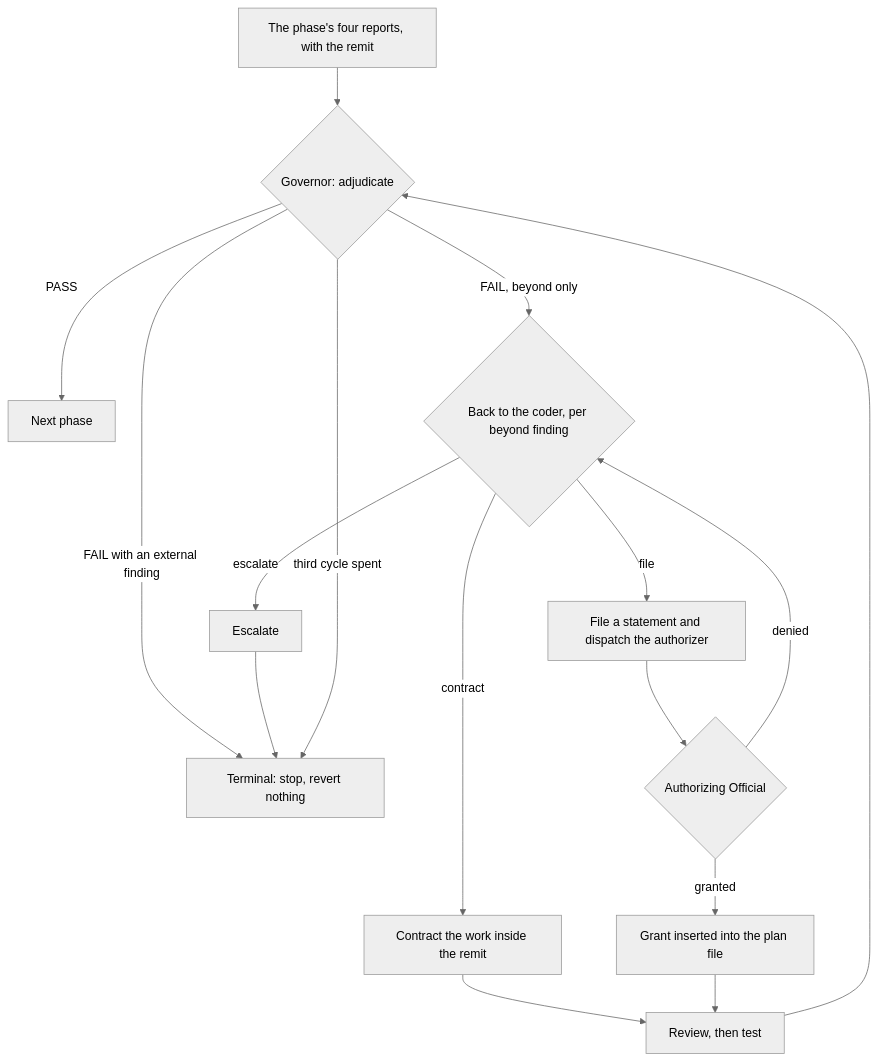
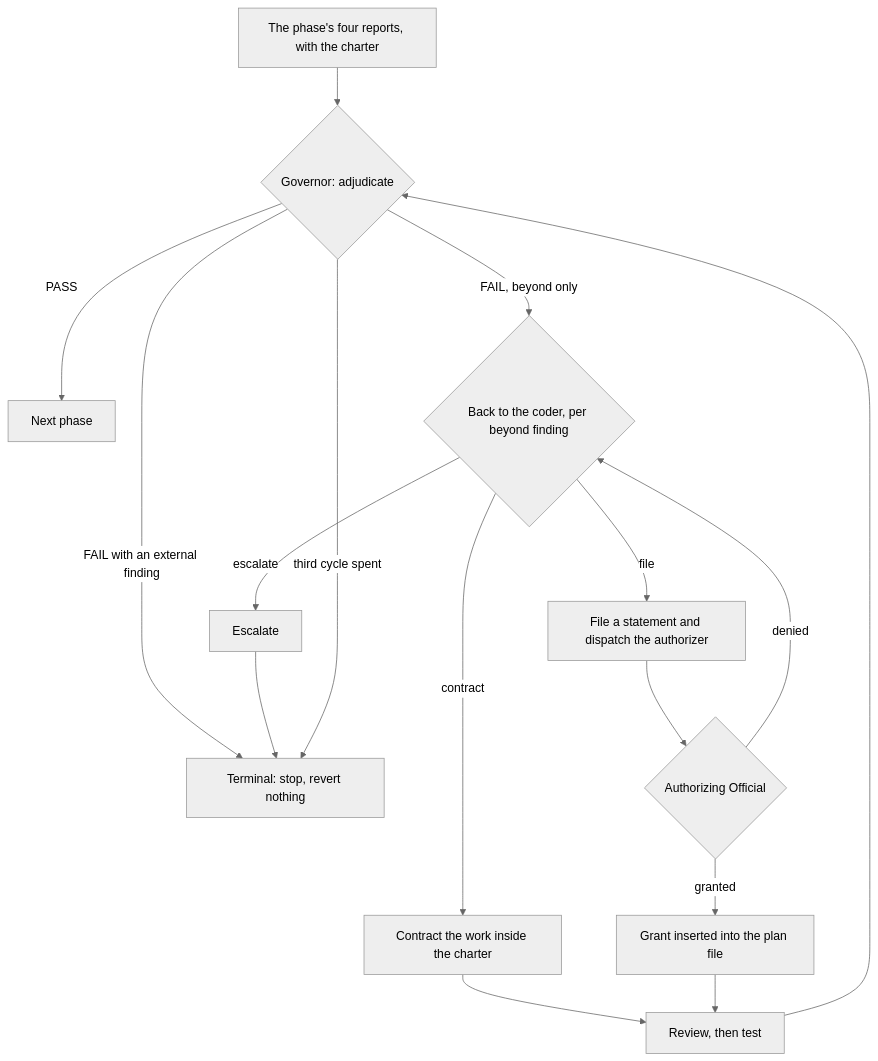
Before and after one commit to EricBLivingston/corpus-iuris: the first of 2 diagrams in docs/governance.md, drawn with Mermaid (neutral theme). The commit also changed other lines of this file and 62 other files, not shown here.

````diff
--- a/docs/governance.md
+++ b/docs/governance.md
@@ -48,30 +48,30 @@
 ```mermaid
 flowchart TD
-  REPORTS["The phase's four reports, with the remit"]
+  REPORTS["The phase's four reports, with the charter"]
   GOV{"Governor: adjudicate"}
   NEXT["Next phase"]
   TERM["Terminal: stop, revert nothing"]
   CODER{"Back to the coder, per beyond finding"}
-  CONTRACT["Contract the work inside the remit"]
+  CONTRACT["Contract the work inside the charter"]
   FILE["File a statement and dispatch the authorizer"]
   ESC["Escalate"]
   AUTH{"Authorizing Official"}
   GRANT["Grant inserted into the plan file"]
   RERUN["Review, then test"]
 
   REPORTS --> GOV
   GOV -->|"PASS"| NEXT
   GOV -->|"FAIL with an external finding"| TERM
   GOV -->|"FAIL, beyond only"| CODER
   CODER -->|"contract"| CONTRACT
   CODER -->|"file"| FILE
   CODER -->|"escalate"| ESC
   FILE --> AUTH
   AUTH -->|"granted"| GRANT
   AUTH -->|"denied"| CODER
   ESC --> TERM
   CONTRACT --> RERUN
   GRANT --> RERUN
   RERUN --> GOV
   GOV -->|"third cycle spent"| TERM
 ```
````
